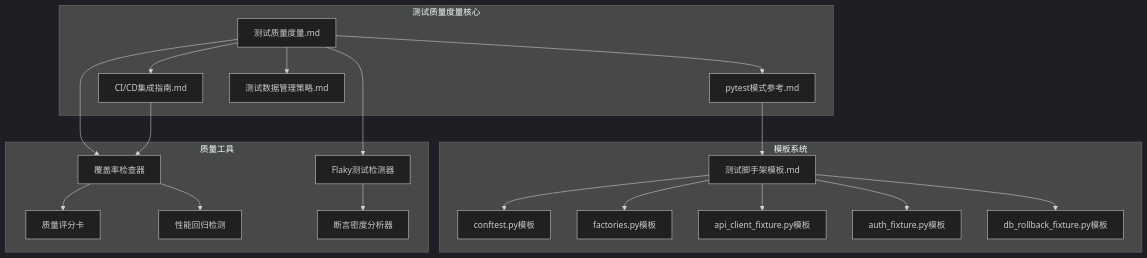
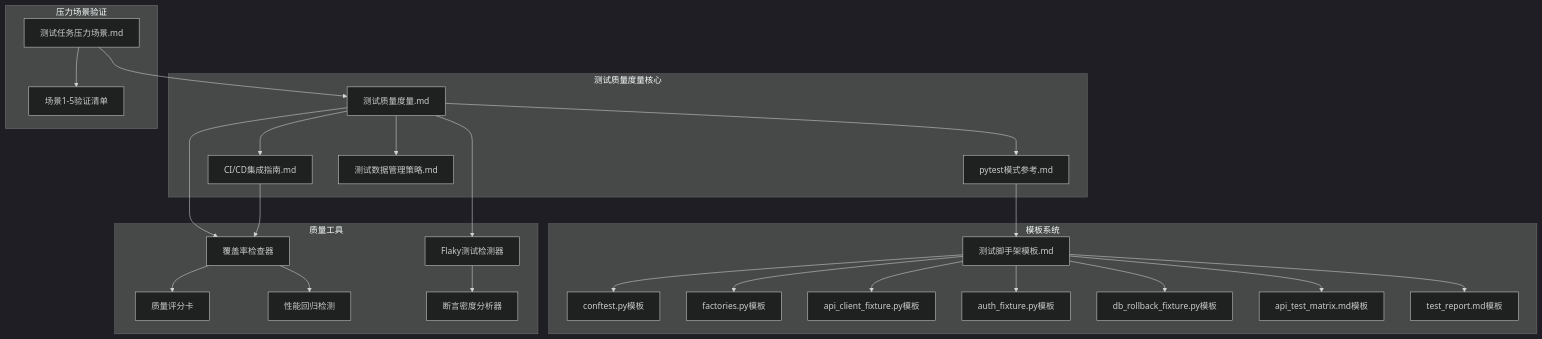
The first of 12 diagrams in .qoder/repowiki/zh/content/Altas Workflow Core/测试质量度量参考.md (AngelWings1997/altas), drawn with Mermaid (dark theme) before and after one commit. The commit also changed other lines of this file and 8 other files, not shown here.

````diff
--- a/.qoder/repowiki/zh/content/Altas Workflow Core/测试质量度量参考.md
+++ b/.qoder/repowiki/zh/content/Altas Workflow Core/测试质量度量参考.md
@@ -38,24 +52,30 @@
 ```mermaid
 graph TB
 subgraph "测试质量度量核心"
 A[测试质量度量.md] --> B[pytest模式参考.md]
 A --> C[CI/CD集成指南.md]
 A --> D[测试数据管理策略.md]
 end
 subgraph "模板系统"
 E[测试脚手架模板.md] --> F[conftest.py模板]
 E --> G[factories.py模板]
 E --> H[api_client_fixture.py模板]
 E --> I[auth_fixture.py模板]
 E --> J[db_rollback_fixture.py模板]
+E --> K[api_test_matrix.md模板]
+E --> L[test_report.md模板]
+end
+subgraph "压力场景验证"
+M[测试任务压力场景.md] --> N[场景1-5验证清单]
 end
 subgraph "质量工具"
-K[覆盖率检查器] --> L[质量评分卡]
-K --> M[性能回归检测]
-N[Flaky测试检测器] --> O[断言密度分析器]
+O[覆盖率检查器] --> P[质量评分卡]
+O --> Q[性能回归检测]
+R[Flaky测试检测器] --> S[断言密度分析器]
 end
-A --> K
-A --> N
+A --> O
+A --> R
 B --> E
-C --> K
+C --> O
+M --> A
 ```
````
